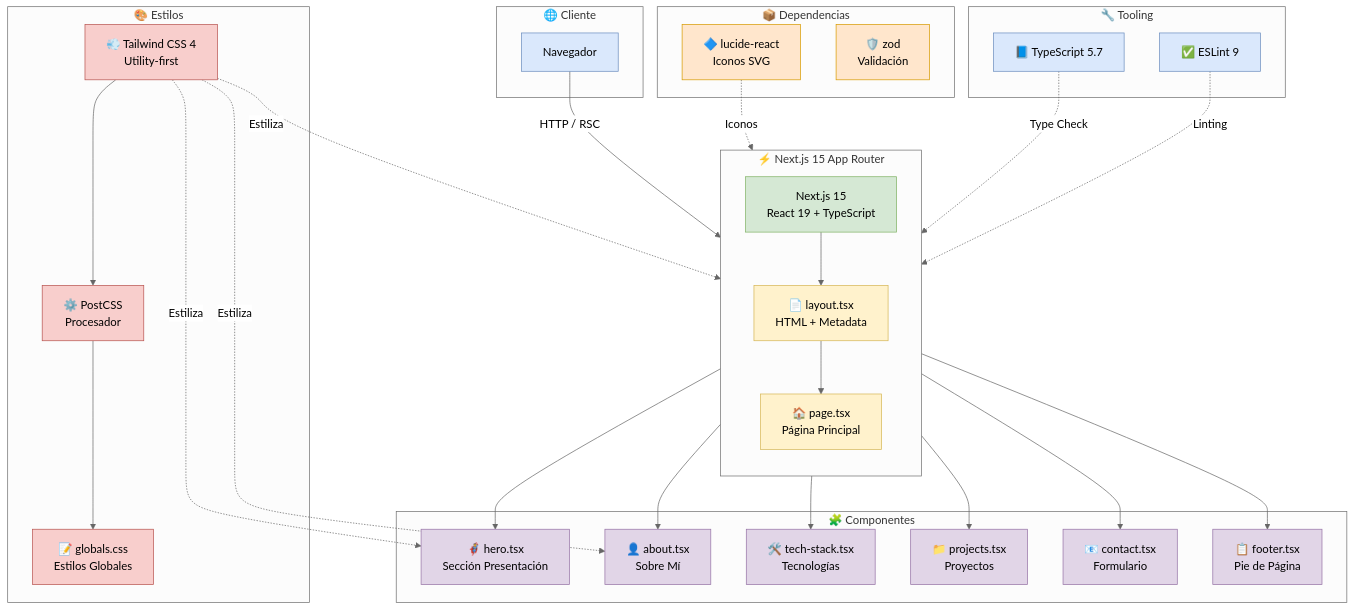
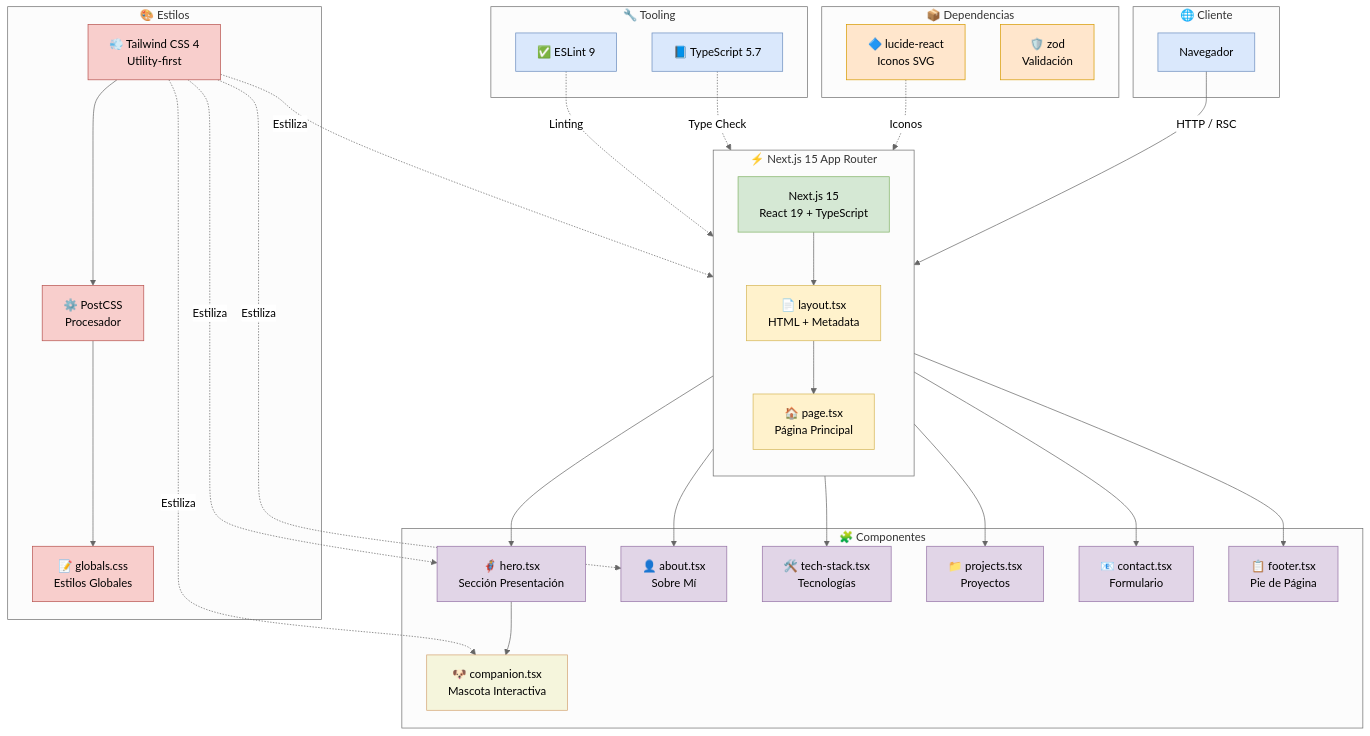
Before and after one commit to vxie705/Portfolio: the first of 3 diagrams in docs/arquitectura-portafolio.md, drawn with Mermaid (neutral theme). The commit also changed other lines of this file, not shown here.

````diff
--- a/docs/arquitectura-portafolio.md
+++ b/docs/arquitectura-portafolio.md
@@ -3,74 +3,78 @@
 ```mermaid
 graph TB
     subgraph "🌐 Cliente"
         BROWSER["Navegador"]
     end
 
     subgraph "⚡ Next.js 15 App Router"
         direction TB
         NEXT["Next.js 15<br/>React 19 + TypeScript"]
         LAYOUT["📄 layout.tsx<br/>HTML + Metadata"]
         PAGE["🏠 page.tsx<br/>Página Principal"]
         NEXT --> LAYOUT
         LAYOUT --> PAGE
     end
 
     subgraph "🧩 Componentes"
         HERO["🦸 hero.tsx<br/>Sección Presentación"]
         ABOUT["👤 about.tsx<br/>Sobre Mí"]
         TECH["🛠️ tech-stack.tsx<br/>Tecnologías"]
         PROJ["📁 projects.tsx<br/>Proyectos"]
         CONTACT["📧 contact.tsx<br/>Formulario"]
         FOOTER["📋 footer.tsx<br/>Pie de Página"]
+        COMPANION["🐶 companion.tsx<br/>Mascota Interactiva"]
     end
 
     subgraph "🎨 Estilos"
         TAILWIND["💨 Tailwind CSS 4<br/>Utility-first"]
         POSTCSS["⚙️ PostCSS<br/>Procesador"]
         GLOBALSCSS["📝 globals.css<br/>Estilos Globales"]
         TAILWIND --> POSTCSS
         POSTCSS --> GLOBALSCSS
     end
 
     subgraph "📦 Dependencias"
         LUCIDE["🔷 lucide-react<br/>Iconos SVG"]
         ZOD["🛡️ zod<br/>Validación"]
     end
 
     subgraph "🔧 Tooling"
         ESLINT["✅ ESLint 9"]
         TSC["📘 TypeScript 5.7"]
     end
 
     BROWSER -->|"HTTP / RSC"| NEXT
     PAGE --> HERO
     PAGE --> ABOUT
     PAGE --> TECH
     PAGE --> PROJ
     PAGE --> CONTACT
     PAGE --> FOOTER
+    HERO --> COMPANION
     TAILWIND -.->|"Estiliza"| PAGE
     TAILWIND -.->|"Estiliza"| HERO
     TAILWIND -.->|"Estiliza"| ABOUT
+    TAILWIND -.->|"Estiliza"| COMPANION
     LUCIDE -.->|"Iconos"| PAGE
     TSC -.->|"Type Check"| PAGE
     ESLINT -.->|"Linting"| PAGE
 
     style BROWSER fill:#dae8fc,stroke:#6c8ebf,color:#000
     style NEXT fill:#d5e8d4,stroke:#82b366,color:#000
     style LAYOUT fill:#fff2cc,stroke:#d6b656,color:#000
     style PAGE fill:#fff2cc,stroke:#d6b656,color:#000
     style HERO fill:#e1d5e7,stroke:#9673a6,color:#000
     style ABOUT fill:#e1d5e7,stroke:#9673a6,color:#000
     style TECH fill:#e1d5e7,stroke:#9673a6,color:#000
     style PROJ fill:#e1d5e7,stroke:#9673a6,color:#000
     style CONTACT fill:#e1d5e7,stroke:#9673a6,color:#000
     style FOOTER fill:#e1d5e7,stroke:#9673a6,color:#000
+    style COMPANION fill:#f5f5dc,stroke:#d4a574,color:#000
     style TAILWIND fill:#f8cecc,stroke:#b85450,color:#000
     style POSTCSS fill:#f8cecc,stroke:#b85450,color:#000
     style GLOBALSCSS fill:#f8cecc,stroke:#b85450,color:#000
     style LUCIDE fill:#ffe6cc,stroke:#d79b00,color:#000
     style ZOD fill:#ffe6cc,stroke:#d79b00,color:#000
     style ESLINT fill:#dae8fc,stroke:#6c8ebf,color:#000
     style TSC fill:#dae8fc,stroke:#6c8ebf,color:#000
 ```
````
